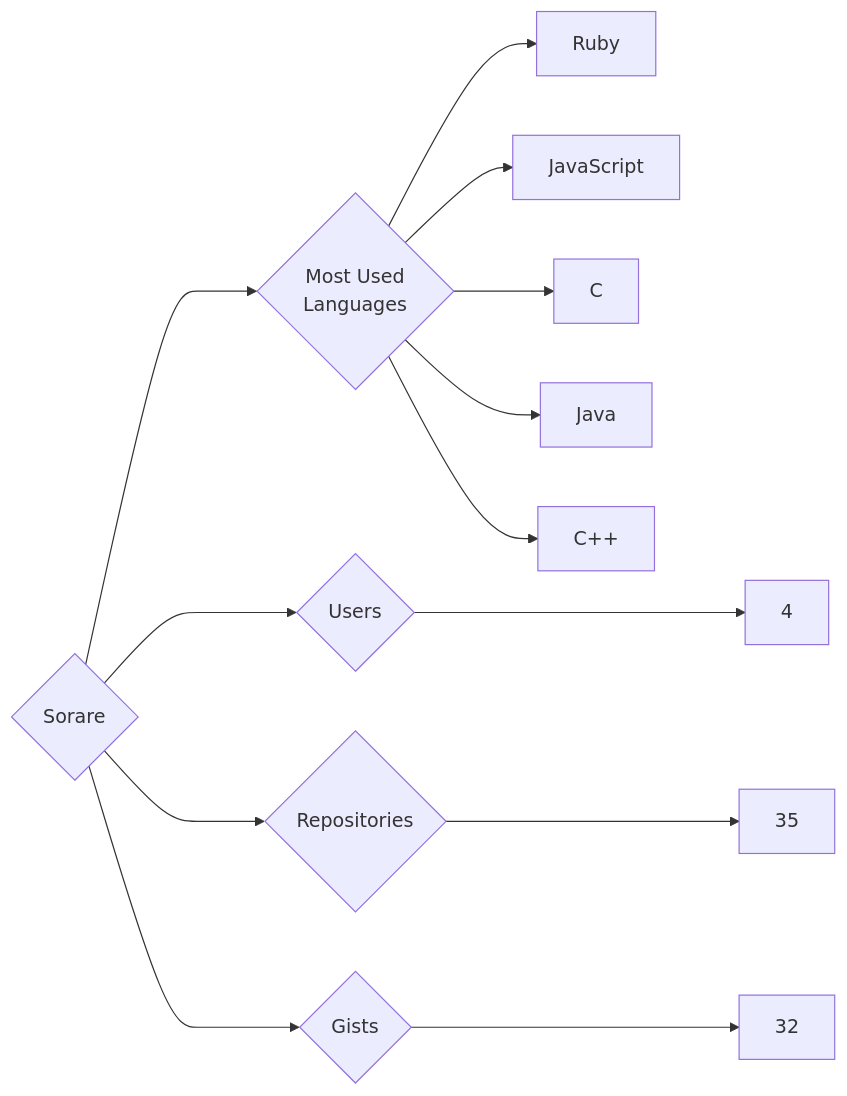
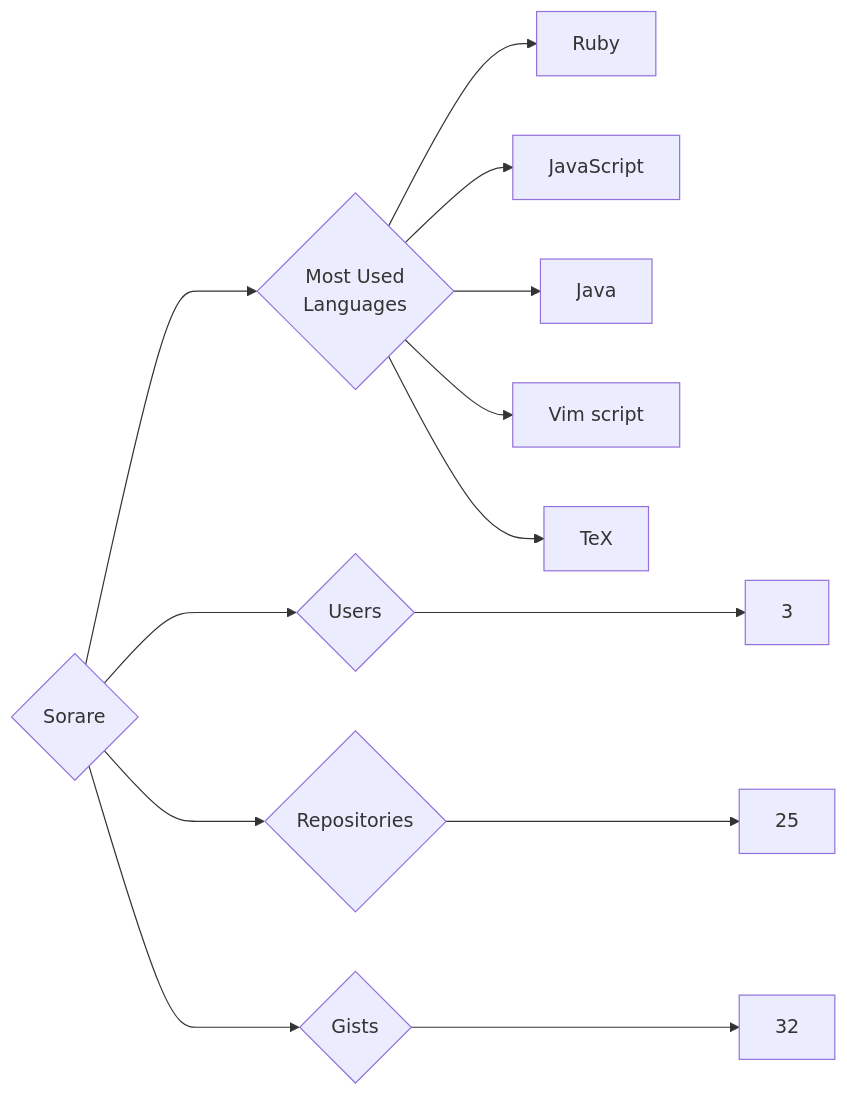
One commit to trickest/insiders changed the diagram in targets/Sorare/README.md. Above: the diagram before and after it, drawn with Mermaid. The commit also changed 895 other files, not shown here.

````diff
--- a/targets/Sorare/README.md
+++ b/targets/Sorare/README.md
@@ -3,13 +3,13 @@
 ```mermaid
 graph LR
 COMPANY_NAME{Sorare}
-COMPANY_NAME ---> U{Users} ---> UN[4]
-COMPANY_NAME ---> R{Repositories} ---> RN[35]
+COMPANY_NAME ---> U{Users} ---> UN[3]
+COMPANY_NAME ---> R{Repositories} ---> RN[25]
 COMPANY_NAME ---> G{Gists} ---> GN[32]
 COMPANY_NAME ---> ML{Most Used<br>Languages}
 ML --> Ruby[Ruby]
 ML --> JavaScript[JavaScript]
-ML --> C[C]
 ML --> Java[Java]
-ML --> C++[C++]
+ML --> Vim_script[Vim script]
+ML --> TeX[TeX]
 ```
````
